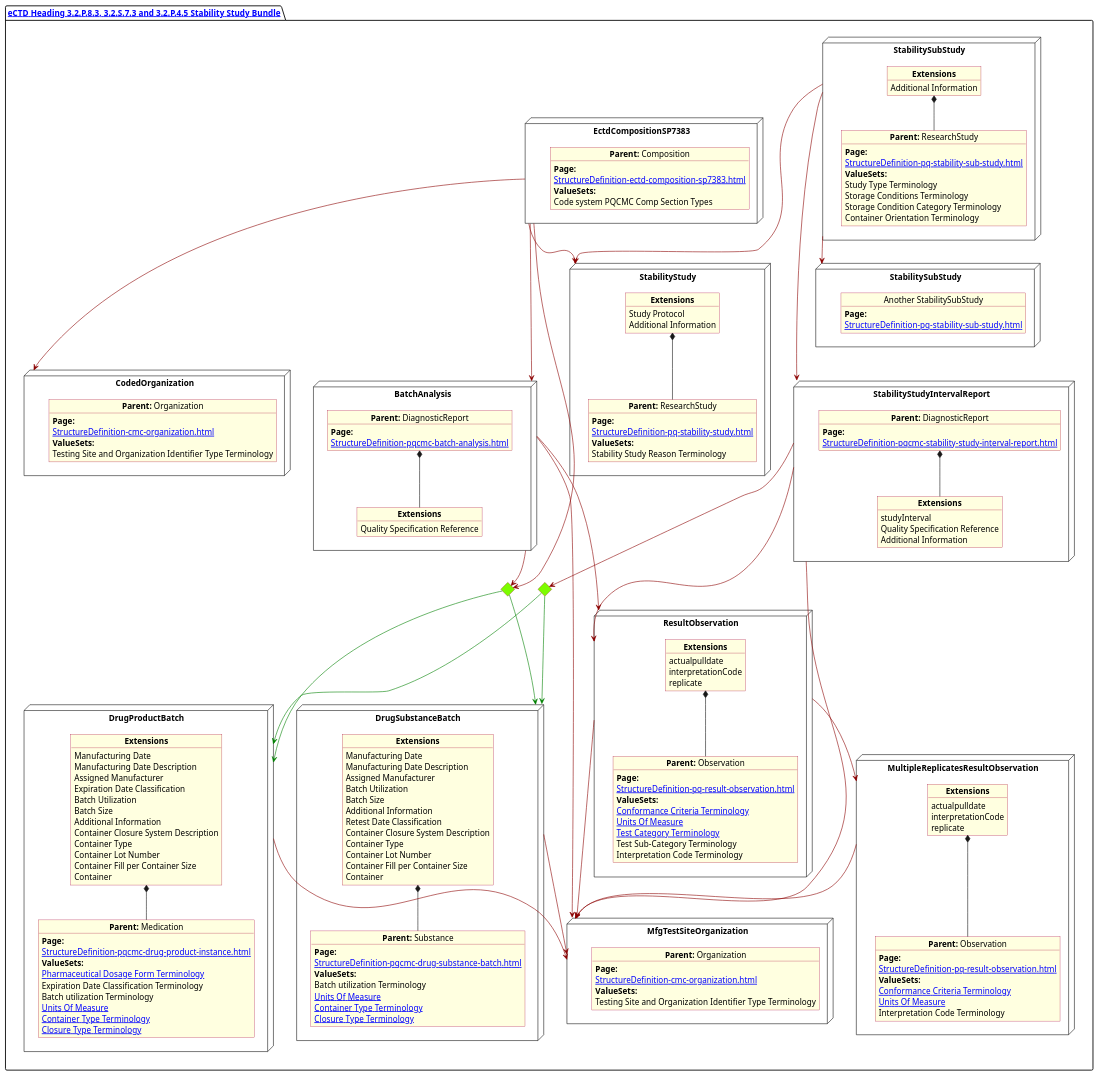
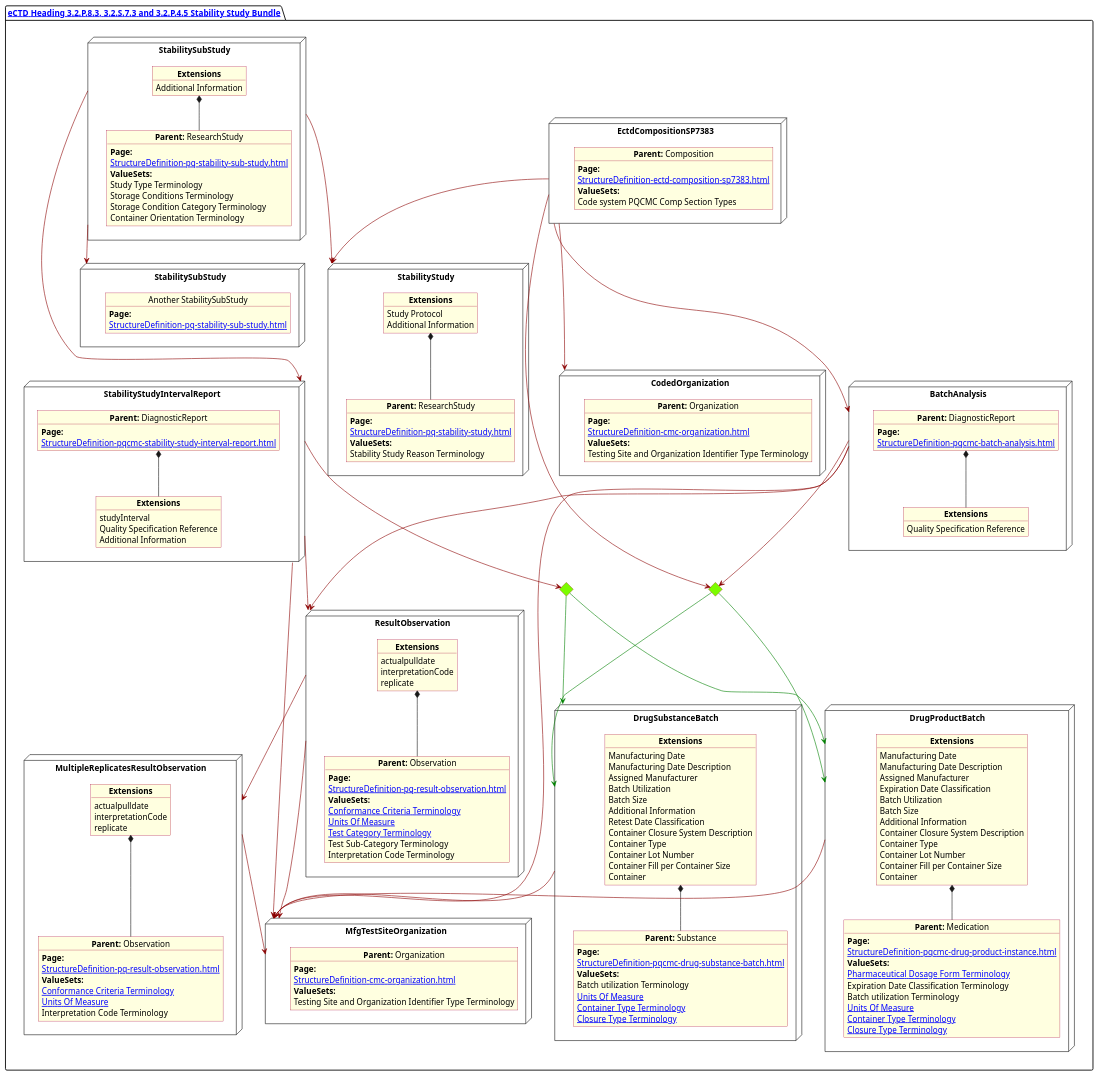
Before and after one commit to HL7/FHIR-us-pq-cmc-fda: the diagram in input/images-source/Stability.plantuml, drawn with PlantUML. The commit also changed 1 other file, not shown here.

Commit message:
reorder plantuml diagrams

```diff
--- a/input/images-source/Stability.plantuml
+++ b/input/images-source/Stability.plantuml
@@ -10,6 +10,24 @@
 
 package "[[StructureDefinition-cmc-ectd-document-sp7383.html eCTD Heading 3.2.P.8.3, 3.2.S.7.3 and 3.2.P.4.5 Stability Study Bundle]]" as NODES {
 
+       node "EctdCompositionSP7383" as N1 {
+
+              object "**Parent:** Composition" as obj1 {
+                     **Page:**
+                     [[StructureDefinition-ectd-composition-sp7383.html]]
+                     **ValueSets:**
+                     Code system PQCMC Comp Section Types
+              }
+       }
+       node "CodedOrganization" as NSO {
+
+              object "**Parent:** Organization" as objAu {
+                     **Page:**
+                     [[StructureDefinition-cmc-organization.html]]
+                     **ValueSets:**
+                     Testing Site and Organization Identifier Type Terminology
+              }
+       }
 
        node "DrugProductBatch" as NN {
 
@@ -40,6 +58,60 @@
                      Container
               }
               objExsBatch *-- obj3
+       }
+       node "BatchAnalysis" as N2 {
+
+              object "**Parent:** DiagnosticReport" as obj2 {
+                     **Page:**
+                     [[StructureDefinition-pqcmc-batch-analysis.html]]
+              }
+              object "**Extensions**" as objQSEx {
+                     Quality Specification Reference
+              }
+              obj2 *-- objQSEx
+       }
+       node "StabilitySubStudy" as NSub {
+
+              object "**Parent:** ResearchStudy" as objSub {
+                     **Page:**
+                     [[StructureDefinition-pq-stability-sub-study.html]]
+                     **ValueSets:**
+                     Study Type Terminology
+                     Storage Conditions Terminology
+                     Storage Condition Category Terminology
+                     Container Orientation Terminology
+              }
+
+              object "**Extensions**" as objExsSub  {
+                     Additional Information
+              }
+              objExsSub *-- objSub
+       }
+
+
+       node "StabilityStudy" as NMain {
+
+              object "**Parent:** ResearchStudy" as objMain {
+                     **Page:**
+                     [[StructureDefinition-pq-stability-study.html]]
+                     **ValueSets:**
+                     Stability Study Reason Terminology
+              }
+
+              object "**Extensions**" as objExsMain  {
+                     Study Protocol
+                     Additional Information
+              }
+              objExsMain *-- objMain
+       }
+
+       node "StabilitySubStudy" as NSub2 {
+
+              object "Another StabilitySubStudy" as objSub2 {
+                     **Page:**
+                     [[StructureDefinition-pq-stability-sub-study.html]]
+
+              }
        }
        diamond CH
 
@@ -87,17 +159,7 @@
               objinterval *-- objIntEx
        }
 
-       node "BatchAnalysis" as N2 {
 
-              object "**Parent:** DiagnosticReport" as obj2 {
-                     **Page:**
-                     [[StructureDefinition-pqcmc-batch-analysis.html]]
-              }
-              object "**Extensions**" as objQSEx {
-                     Quality Specification Reference
-              }
-              obj2 *-- objQSEx
-       }
 
        node "MfgTestSiteOrganization" as NMFG {
 
@@ -109,49 +171,6 @@
               }
        }
 
-       node "StabilitySubStudy" as NSub {
-
-              object "**Parent:** ResearchStudy" as objSub {
-                     **Page:**
-                     [[StructureDefinition-pq-stability-sub-study.html]]
-                     **ValueSets:**
-                     Study Type Terminology
-                     Storage Conditions Terminology
-                     Storage Condition Category Terminology
-                     Container Orientation Terminology
-              }
-
-              object "**Extensions**" as objExsSub  {
-                     Additional Information
-              }
-              objExsSub *-- objSub
-       }
-
-
-       node "StabilityStudy" as NMain {
-
-              object "**Parent:** ResearchStudy" as objMain {
-                     **Page:**
-                     [[StructureDefinition-pq-stability-study.html]]
-                     **ValueSets:**
-                     Stability Study Reason Terminology
-              }
-
-              object "**Extensions**" as objExsMain  {
-                     Study Protocol
-                     Additional Information
-              }
-              objExsMain *-- objMain
-       }
-
-       node "StabilitySubStudy" as NSub2 {
-
-              object "Another StabilitySubStudy" as objSub2 {
-                     **Page:**
-                     [[StructureDefinition-pq-stability-sub-study.html]]
-
-              }
-       }
 
        node "ResultObservation" as NNOBS {
 
@@ -192,24 +211,7 @@
               objExsStageObs *-- observS
        }
 
-       node "EctdCompositionSP7383" as N1 {
 
-              object "**Parent:** Composition" as obj1 {
-                     **Page:**
-                     [[StructureDefinition-ectd-composition-sp7383.html]]
-                     **ValueSets:**
-                     Code system PQCMC Comp Section Types
-              }
-       }
-       node "CodedOrganization" as NSO {
-
-              object "**Parent:** Organization" as objAu {
-                     **Page:**
-                     [[StructureDefinition-cmc-organization.html]]
-                     **ValueSets:**
-                     Testing Site and Organization Identifier Type Terminology
-              }
-       }
 
        CH -[#green]--> NN
        CH -[#green]--> NNS
```
